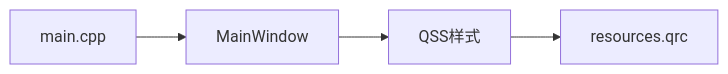
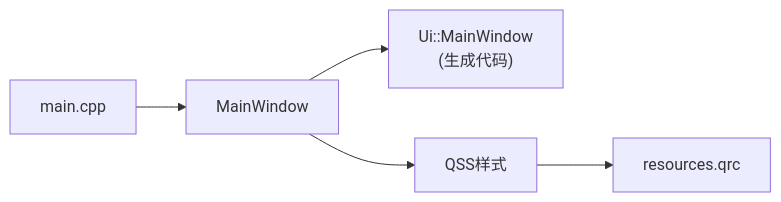
Before and after one commit to jakecai1225-design/OpenBus: the seventh of 7 diagrams in .qoder/repowiki/zh/content/架构设计/UI系统设计.md, drawn with Mermaid. The commit also changed other lines of this file and 29 other files, not shown here.

````diff
--- a/.qoder/repowiki/zh/content/架构设计/UI系统设计.md
+++ b/.qoder/repowiki/zh/content/架构设计/UI系统设计.md
@@ -261,6 +316,7 @@
 ```mermaid
 graph LR
 Main["main.cpp"] --> MW["MainWindow"]
+MW --> UI["Ui::MainWindow<br/>(生成代码)"]
 MW --> QSS["QSS样式"]
 QSS --> QRC["resources.qrc"]
 ```
````
